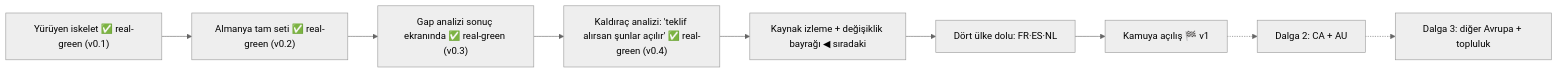
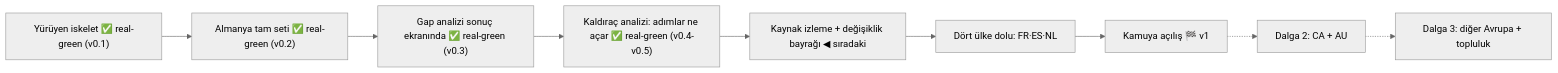
Before and after one commit to OytunOnal/permit-rulebook: the diagram in KANBAN.md, drawn with Mermaid (neutral theme). The commit also changed other lines of this file and 3 other files, not shown here.

````diff
--- a/KANBAN.md
+++ b/KANBAN.md
@@ -8,11 +8,11 @@
 ```mermaid
 flowchart LR
     A["Yürüyen iskelet ✅ real-green (v0.1)"] --> B["Almanya tam seti ✅ real-green (v0.2)"]
     B --> C["Gap analizi sonuç ekranında ✅ real-green (v0.3)"]
-    C --> C2["Kaldıraç analizi: 'teklif alırsan şunlar açılır' ✅ real-green (v0.4)"]
+    C --> C2["Kaldıraç analizi: adımlar ne açar ✅ real-green (v0.4-v0.5)"]
     C2 --> D["Kaynak izleme + değişiklik bayrağı ◀ sıradaki"]
     D --> E["Dört ülke dolu: FR·ES·NL"]
     E --> F["Kamuya açılış 🏁 v1"]
     F -.-> G["Dalga 2: CA + AU"]
     G -.-> H["Dalga 3: diğer Avrupa + topluluk"]
 ```
````
